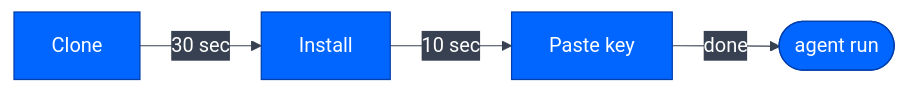
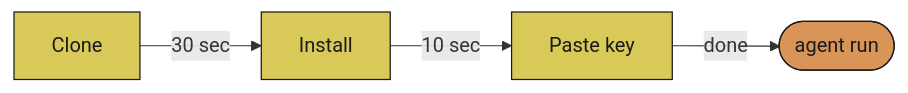
Before and after one commit to JosephOIbrahim/Comfy-Cozy: the second of 27 diagrams in README.md, drawn with Mermaid. The commit also changed other lines of this file and 38 other files, not shown here.

````diff
--- a/README.md
+++ b/README.md
@@ -64,7 +75,11 @@
 ```mermaid
-%%{init: {'theme':'base','themeVariables': {'primaryColor':'#0066FF','primaryTextColor':'#ffffff','primaryBorderColor':'#003eaa','lineColor':'#374151','secondaryColor':'#374151','tertiaryColor':'#1f2937','fontFamily':'monospace'}}}%%
 flowchart LR
     A["Clone"] -->|30 sec| B["Install"]
     B -->|10 sec| C["Paste key"]
     C -->|done| D(["agent run"])
+
+    classDef orange fill:#d99458,color:#1a1a1a,stroke:#1a1a1a
+    classDef yellow fill:#d9c958,color:#1a1a1a,stroke:#1a1a1a
+    class D orange
+    class A,B,C yellow
 ```
````
